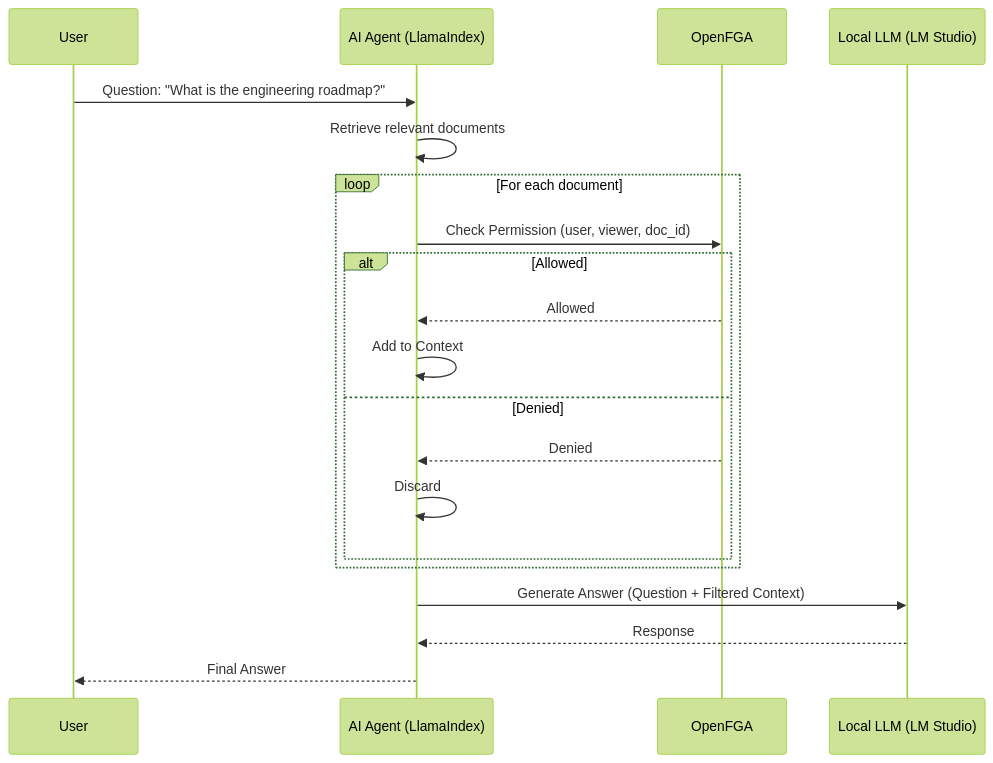
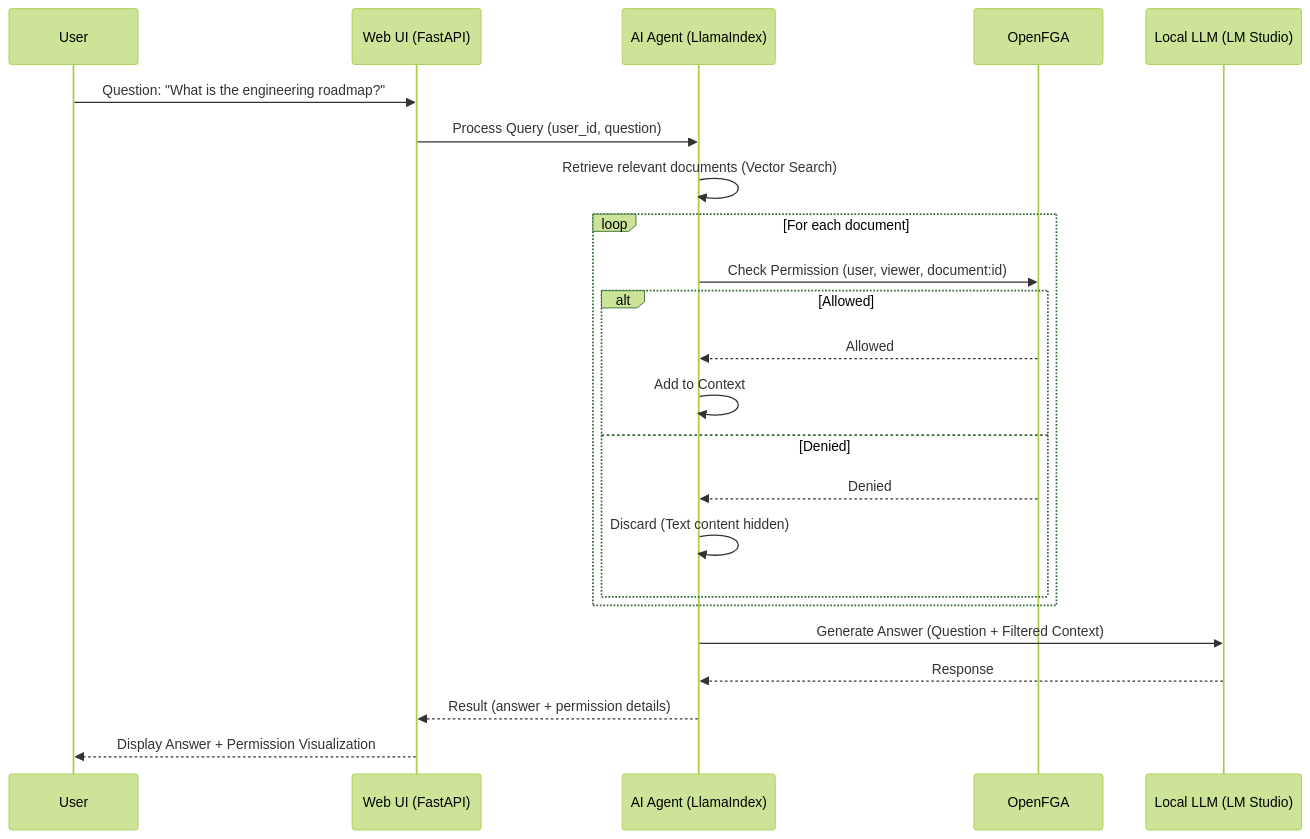
Before and after one commit to crecentmoon/llamaindex-fga-demo: the diagram in README.md, drawn with Mermaid (forest theme). The commit also changed other lines of this file and 9 other files, not shown here.

````diff
--- a/README.md
+++ b/README.md
@@ -7,25 +7,28 @@
 ```mermaid
 sequenceDiagram
     participant User
+    participant WebUI as Web UI (FastAPI)
     participant Agent as AI Agent (LlamaIndex)
     participant FGA as OpenFGA
     participant LLM as Local LLM (LM Studio)
 
-    User->>Agent: Question: "What is the engineering roadmap?"
-    Agent->>Agent: Retrieve relevant documents
-    
+    User->>WebUI: Question: "What is the engineering roadmap?"
+    WebUI->>Agent: Process Query (user_id, question)
+    Agent->>Agent: Retrieve relevant documents (Vector Search)
+
     loop For each document
-        Agent->>FGA: Check Permission (user, viewer, doc_id)
+        Agent->>FGA: Check Permission (user, viewer, document:id)
         alt Allowed
             FGA-->>Agent: Allowed
             Agent->>Agent: Add to Context
         else Denied
             FGA-->>Agent: Denied
-            Agent->>Agent: Discard
+            Agent->>Agent: Discard (Text content hidden)
         end
     end
 
     Agent->>LLM: Generate Answer (Question + Filtered Context)
     LLM-->>Agent: Response
-    Agent-->>User: Final Answer
+    Agent-->>WebUI: Result (answer + permission details)
+    WebUI-->>User: Display Answer + Permission Visualization
 ```
````
